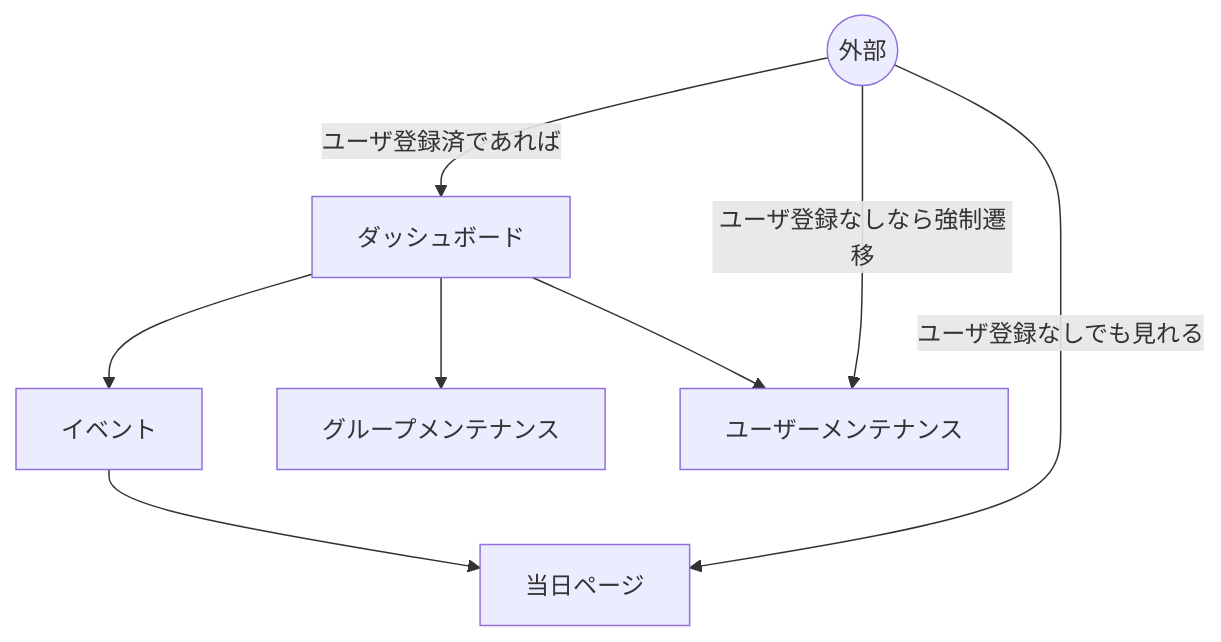
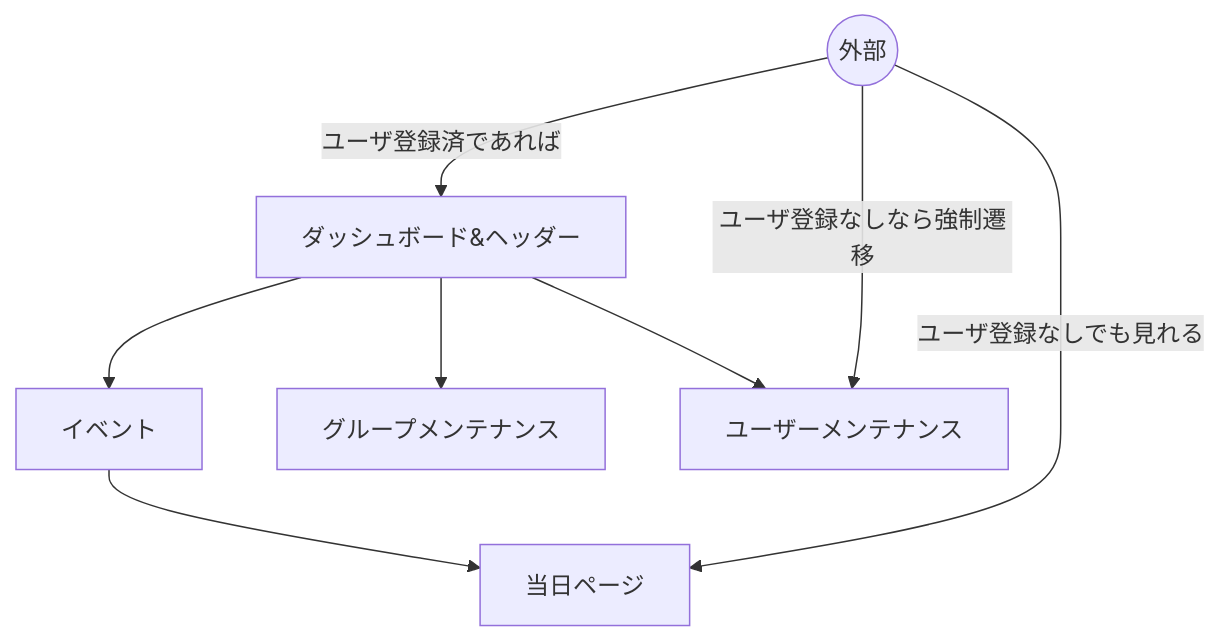
One commit to study-basic-hackathon/for-moku changed the diagram in docs/arch/機能分類について.md. Above: the diagram before and after it, drawn with Mermaid. The commit also changed 6 other files, not shown here.

````diff
--- a/docs/arch/機能分類について.md
+++ b/docs/arch/機能分類について.md
@@ -12,18 +12,18 @@
 ```mermaid
 graph TD;
-		Dash["ダッシュボード"];
+		Dash["ダッシュボード&ヘッダー"];
 		Event["イベント"];
 		MaintenanceGroup["グループメンテナンス"];
 		MaintenanceUser["ユーザーメンテナンス"];
 		todayEvent["当日ページ"];
 		Conpass(("外部")) ;
     
     Dash -->  MaintenanceUser;
 	  Dash -->  MaintenanceGroup;
 	  Event --> todayEvent;
 	  Dash --> Event;
 	  Conpass --> |"ユーザ登録なしでも見れる"| todayEvent
 	  Conpass --> |"ユーザ登録済であれば"| Dash
 	  Conpass --> |"ユーザ登録なしなら強制遷移"| MaintenanceUser
   
 ```
````
